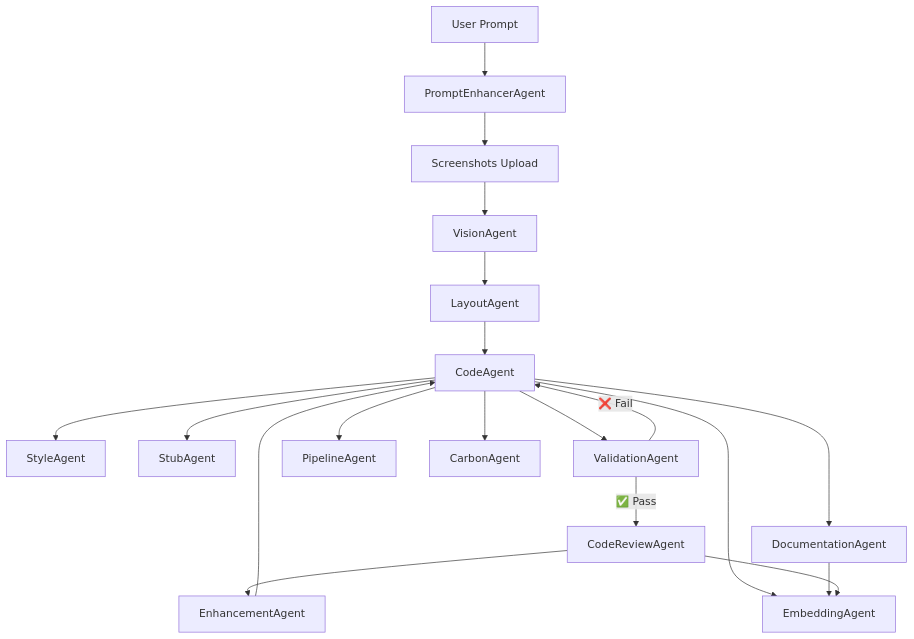
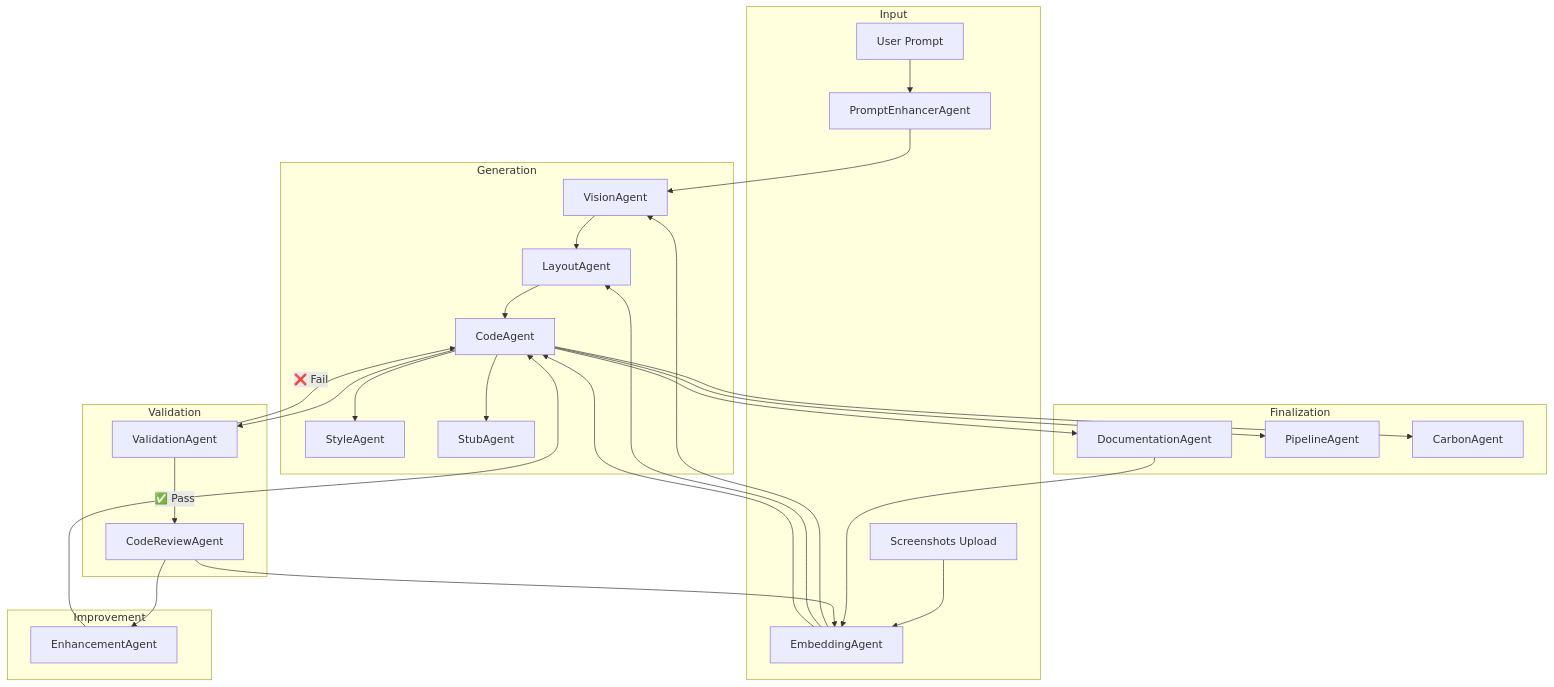
Before and after one commit to bhattkirtan/code-terminator: the diagram in AI_DevOps_Agent_Platform_README.md, drawn with Mermaid. The commit also changed other lines of this file, not shown here.

Commit message:
new version

````diff
--- a/AI_DevOps_Agent_Platform_README.md
+++ b/AI_DevOps_Agent_Platform_README.md
@@ -6,32 +5,39 @@
 ```mermaid
-graph TD
-    A[User Prompt] --> M[PromptEnhancerAgent]
-    M --> A1[Screenshots Upload]
-    A1 --> B[VisionAgent]
-    B --> C[LayoutAgent]
-    C --> D[CodeAgent]
-    D --> E[StyleAgent]
-    D --> F[StubAgent]
+flowchart TD
+    subgraph Input
+        A[User Prompt] --> M[PromptEnhancerAgent]
+        A1[Screenshots Upload] --> N[EmbeddingAgent]
+    end
 
-    %% Validation comes after core code
-    D --> G[ValidationAgent]
+    subgraph Generation
+        M --> B[VisionAgent]
+        B --> C[LayoutAgent]
+        C --> D[CodeAgent]
+        D --> E[StyleAgent]
+        D --> F[StubAgent]
+    end
 
-    %% Build passed
-    G -->|✅ Pass| H[CodeReviewAgent]
-    %% Build failed
-    G -->|❌ Fail| D
+    subgraph Validation
+        D --> G[ValidationAgent]
+        G -->|✅ Pass| H[CodeReviewAgent]
+        G -->|❌ Fail| D
+    end
 
-    %% Code review feedback
-    H --> I[EnhancementAgent]
-    I --> D
+    subgraph Improvement
+        H --> I[EnhancementAgent]
+        I --> D
+    end
 
-    %% Parallel flows from improved code
-    D --> J[DocumentationAgent]
-    D --> K[PipelineAgent]
-    D --> L[CarbonAgent]
+    subgraph Finalization
+        D --> J[DocumentationAgent]
+        D --> K[PipelineAgent]
+        D --> L[CarbonAgent]
+    end
 
-    %% Embedding layer collects everything
-    D --> N[EmbeddingAgent]
+    %% Embedding Agent informs core stages
+    N --> B
+    N --> C
+    N --> D
     J --> N
     H --> N
 ```
````
